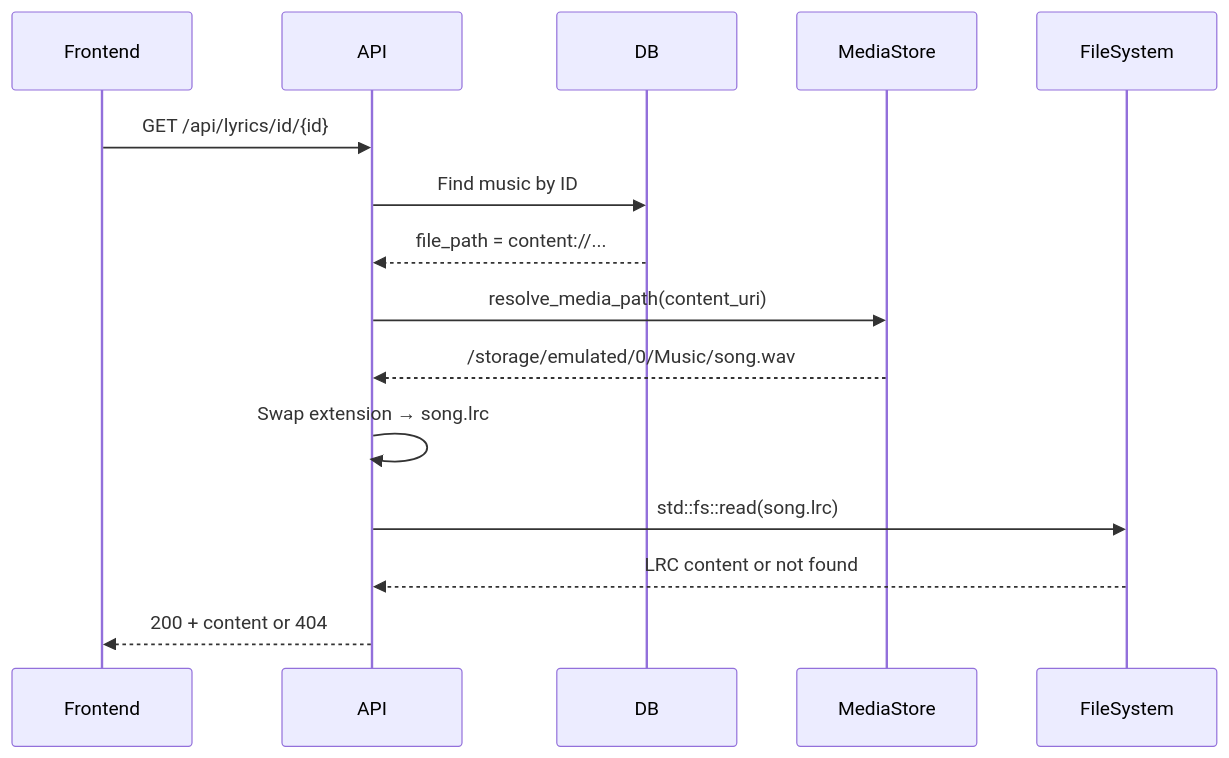
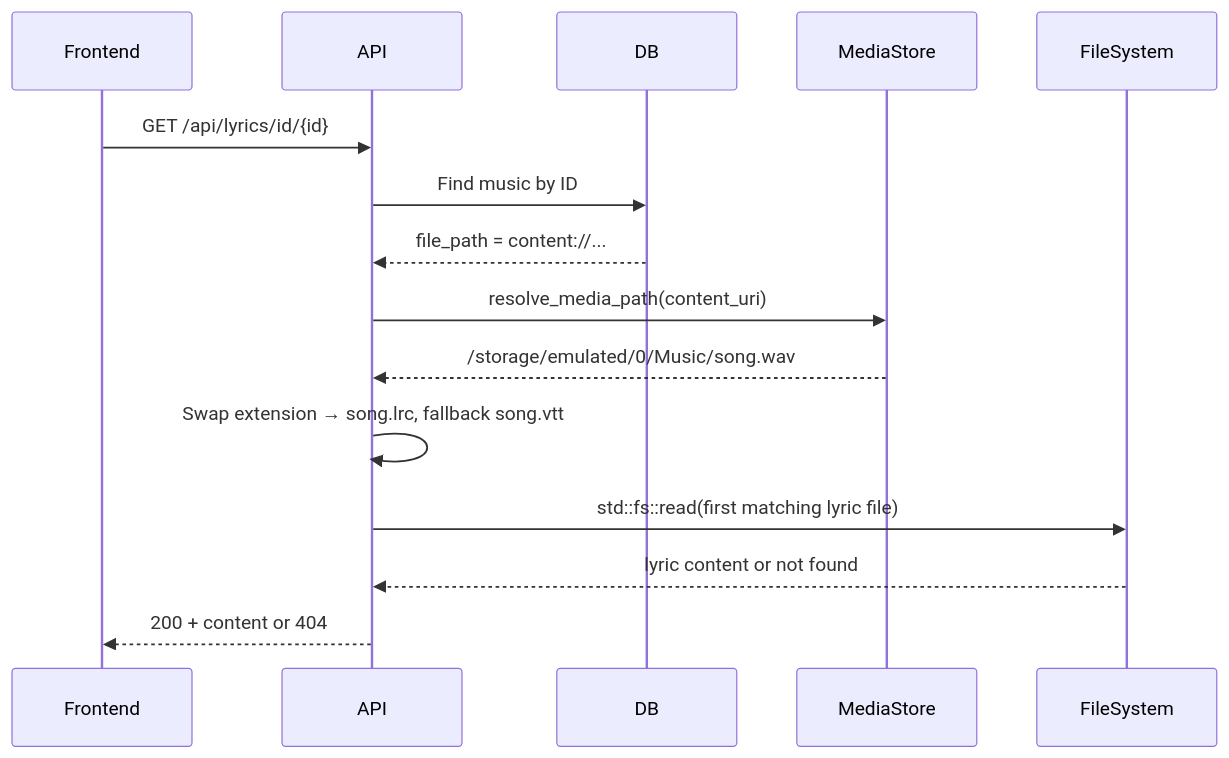
The second of 2 diagrams in docs/lyrics-display.md (Afeather2017/Kaulan), drawn with Mermaid before and after one commit. The commit also changed other lines of this file and 5 other files, not shown here.

First line of the commit message:
Fix bilingual lyric grouping and add VTT fallback

````diff
--- a/docs/lyrics-display.md
+++ b/docs/lyrics-display.md
@@ -180,18 +202,18 @@
 ```mermaid
 sequenceDiagram
     participant Frontend
     participant API
     participant DB
     participant MediaStore
     participant FileSystem
 
     Frontend->>API: GET /api/lyrics/id/{id}
     API->>DB: Find music by ID
     DB-->>API: file_path = content://...
     API->>MediaStore: resolve_media_path(content_uri)
     MediaStore-->>API: /storage/emulated/0/Music/song.wav
-    API->>API: Swap extension → song.lrc
-    API->>FileSystem: std::fs::read(song.lrc)
-    FileSystem-->>API: LRC content or not found
+    API->>API: Swap extension → song.lrc, fallback song.vtt
+    API->>FileSystem: std::fs::read(first matching lyric file)
+    FileSystem-->>API: lyric content or not found
     API-->>Frontend: 200 + content or 404
 ```
````
